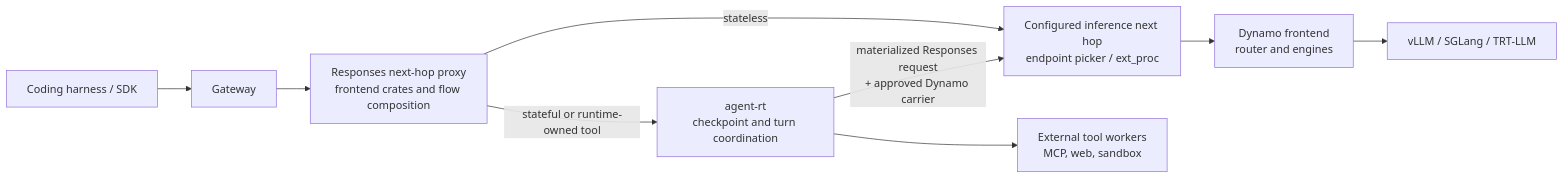
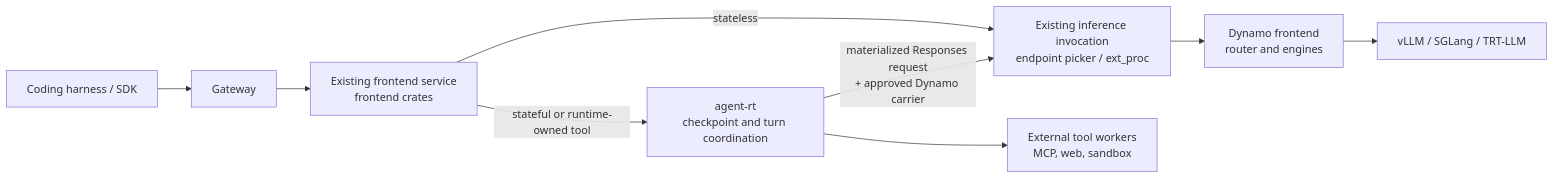
The first of 3 diagrams in docs/design/stateful-agent-runtime.md (ai-dynamo/dynamo), drawn with Mermaid before and after one commit. The commit also changed other lines of this file, not shown here.

Commit message:
docs: remove extra proxy layer from agent runtime

````diff
--- a/docs/design/stateful-agent-runtime.md
+++ b/docs/design/stateful-agent-runtime.md
@@ -64,11 +64,11 @@
 ```mermaid
 flowchart LR
   C["Coding harness / SDK"] --> G["Gateway"]
-  G --> P["Responses next-hop proxy\nfrontend crates and flow composition"]
-  P -->|"stateless"| I["Configured inference next hop\nendpoint picker / ext_proc"]
-  P -->|"stateful or runtime-owned tool"| R["agent-rt\ncheckpoint and turn coordination"]
+  G --> F["Existing frontend service\nfrontend crates"]
+  F -->|"stateless"| I["Existing inference invocation\nendpoint picker / ext_proc"]
+  F -->|"stateful or runtime-owned tool"| R["agent-rt\ncheckpoint and turn coordination"]
   R -->|"materialized Responses request\n+ approved Dynamo carrier"| I
   R --> W["External tool workers\nMCP, web, sandbox"]
   I --> D["Dynamo frontend\nrouter and engines"]
   D --> E["vLLM / SGLang / TRT-LLM"]
 ```
````
